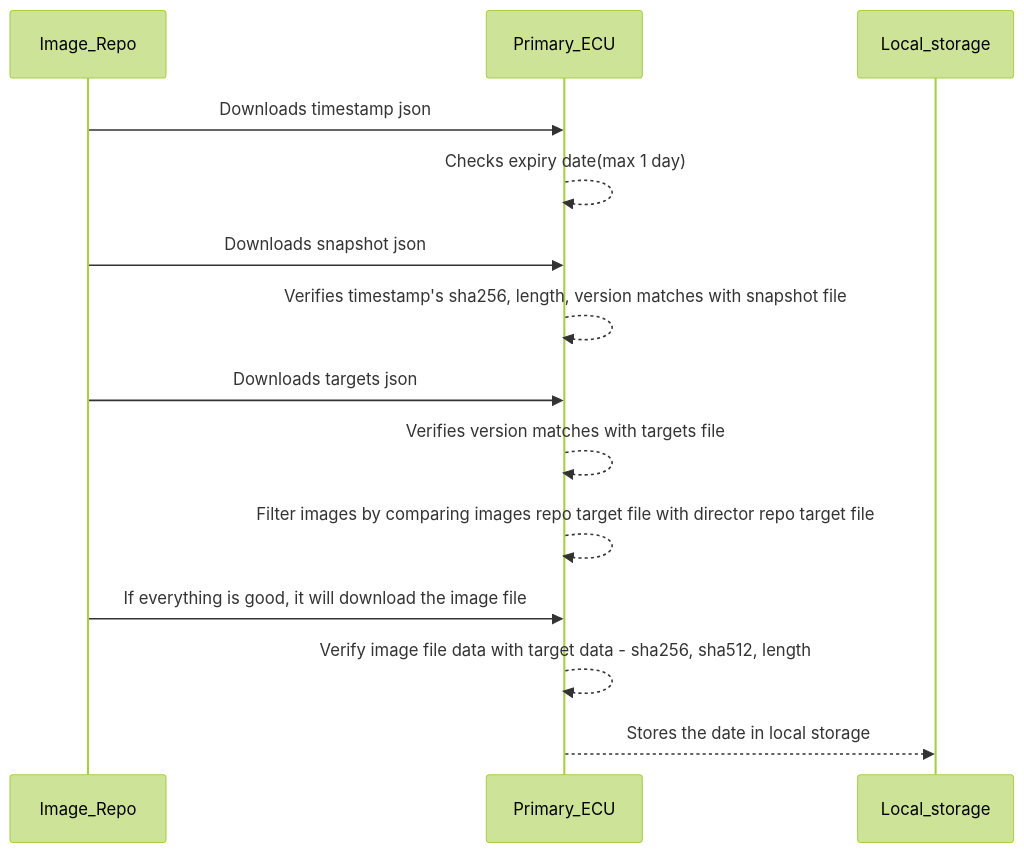
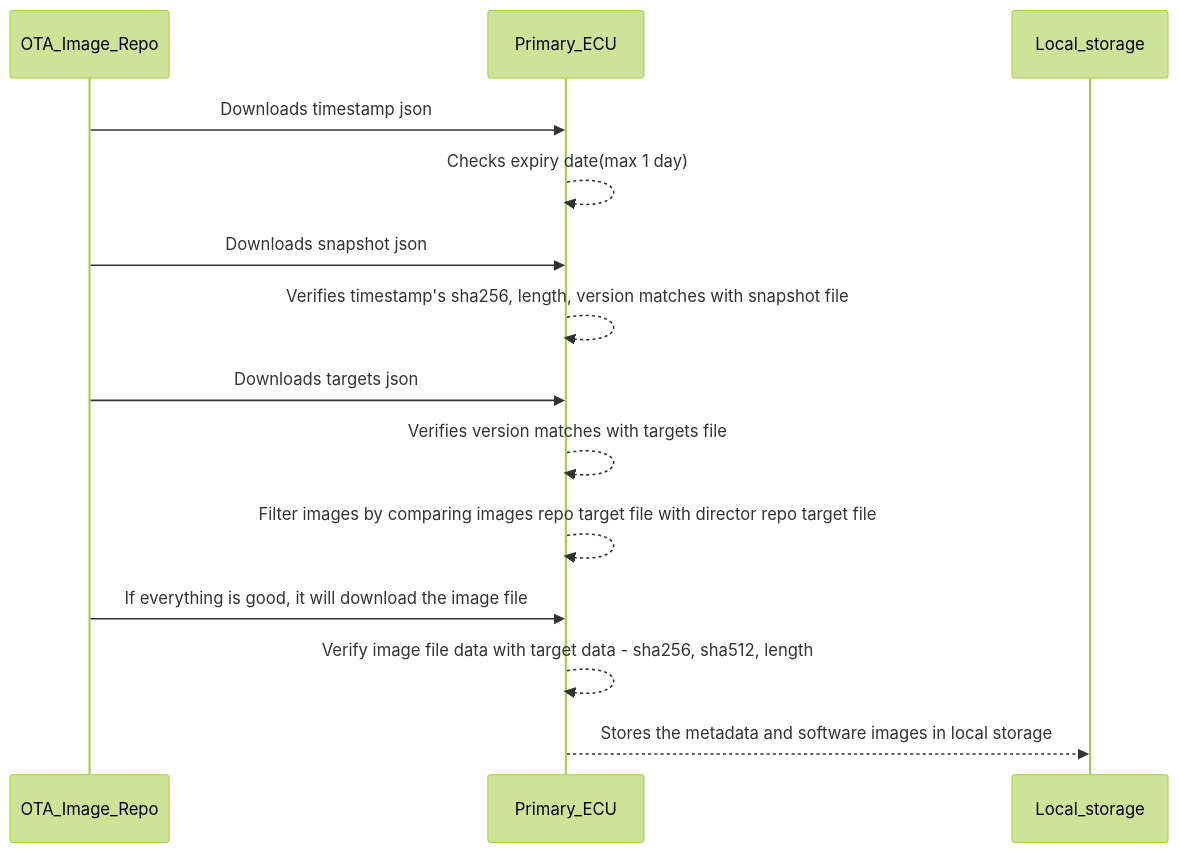
The fifth of 8 diagrams in uptane-workflows.md (yokesharun/uptane), drawn with Mermaid (forest theme) before and after one commit. The commit also changed other lines of this file, not shown here.

````diff
--- a/uptane-workflows.md
+++ b/uptane-workflows.md
@@ -47,13 +47,13 @@
 ```mermaid
 sequenceDiagram
-    Image_Repo->>Primary_ECU: Downloads timestamp json
+    OTA_Image_Repo->>Primary_ECU: Downloads timestamp json
     Primary_ECU-->>Primary_ECU: Checks expiry date(max 1 day)
-    Image_Repo->>Primary_ECU: Downloads snapshot json
+    OTA_Image_Repo->>Primary_ECU: Downloads snapshot json
     Primary_ECU-->>Primary_ECU: Verifies timestamp's sha256, length, version matches with snapshot file
-    Image_Repo->>Primary_ECU: Downloads targets json
+    OTA_Image_Repo->>Primary_ECU: Downloads targets json
     Primary_ECU-->>Primary_ECU: Verifies version matches with targets file
     Primary_ECU-->>Primary_ECU: Filter images by comparing images repo target file with director repo target file
-    Image_Repo->>Primary_ECU: If everything is good, it will download the image file
+    OTA_Image_Repo->>Primary_ECU: If everything is good, it will download the image file
     Primary_ECU-->>Primary_ECU: Verify image file data with target data - sha256, sha512, length
-    Primary_ECU-->>Local_storage: Stores the date in local storage
+    Primary_ECU-->>Local_storage: Stores the metadata and software images in local storage
 ```
````
